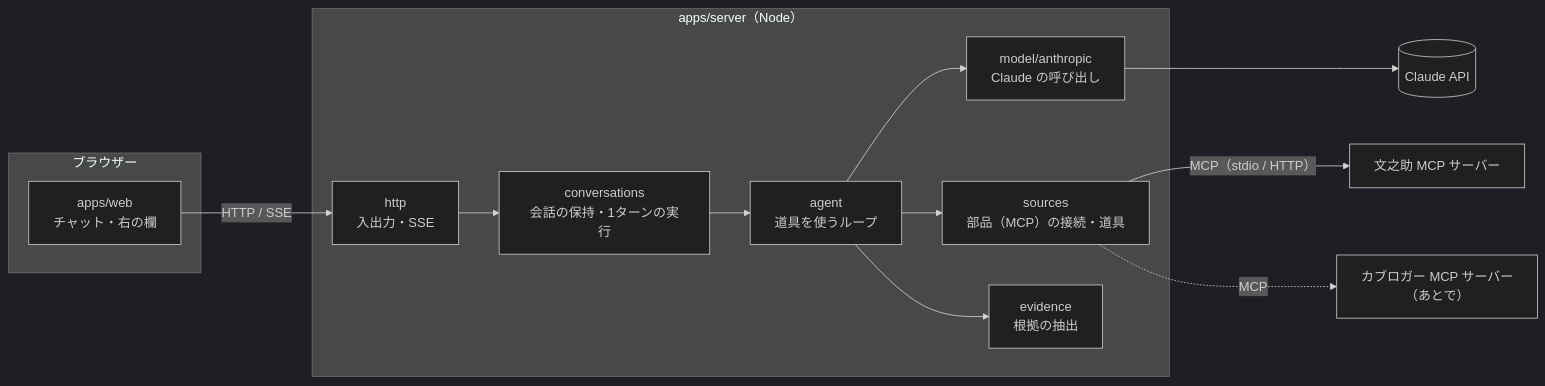
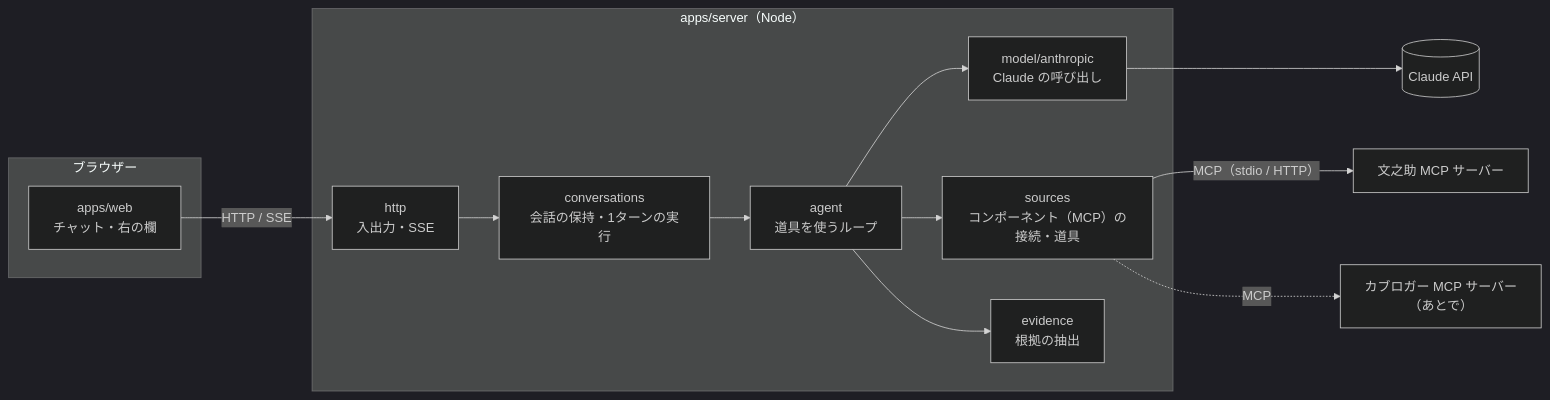
The first of 2 diagrams in docs/architecture.md (abeouga/agorack), drawn with Mermaid (dark theme) before and after one commit. The commit also changed other lines of this file and 12 other files, not shown here.

````diff
--- a/docs/architecture.md
+++ b/docs/architecture.md
@@ -44,29 +43,29 @@
 ```mermaid
 flowchart LR
   subgraph Browser["ブラウザー"]
     Web["apps/web<br/>チャット・右の欄"]
   end
 
   subgraph Server["apps/server（Node）"]
     Http["http<br/>入出力・SSE"]
     Conv["conversations<br/>会話の保持・1ターンの実行"]
     Agent["agent<br/>道具を使うループ"]
     Model["model/anthropic<br/>Claude の呼び出し"]
-    Sources["sources<br/>部品（MCP）の接続・道具"]
+    Sources["sources<br/>コンポーネント（MCP）の接続・道具"]
     Evidence["evidence<br/>根拠の抽出"]
   end
 
   Claude[(Claude API)]
   Fumi["文之助 MCP サーバー"]
   Cub["カブロガー MCP サーバー<br/>（あとで）"]
 
   Web -- "HTTP / SSE" --> Http
   Http --> Conv
   Conv --> Agent
   Agent --> Model
   Agent --> Sources
   Agent --> Evidence
   Model --> Claude
   Sources -- "MCP（stdio / HTTP）" --> Fumi
   Sources -. "MCP" .-> Cub
 ```
````
